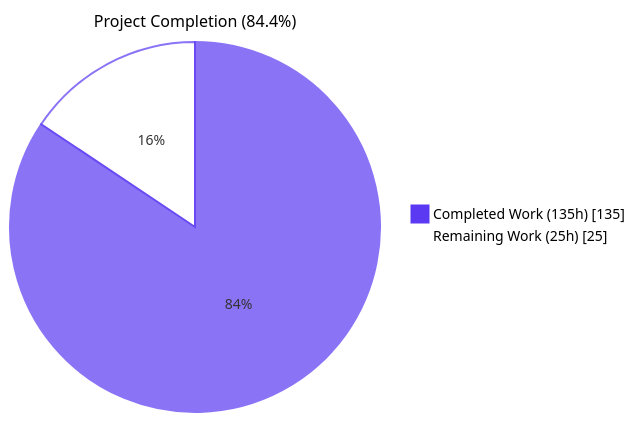
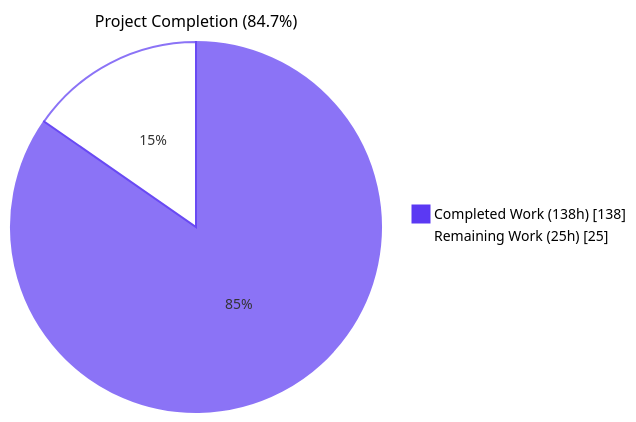
Before and after one commit to Blitzy-Sandbox/blitzy-ArkCase: the first of 4 diagrams in blitzy/documentation/Project Guide.md, drawn with Mermaid. The commit also changed other lines of this file, not shown here.

Commit message:
Adding Blitzy Project Guide: Project Status and Human Tasks Remaining

````diff
--- a/blitzy/documentation/Project Guide.md
+++ b/blitzy/documentation/Project Guide.md
@@ -17,7 +18,7 @@
 ```mermaid
 %%{init: {'pie': {'textPosition': 0.5}, 'themeVariables': {'pieOuterStrokeWidth': '0px', 'pie1': '#5B39F3', 'pie2': '#FFFFFF', 'pieStrokeColor': '#5B39F3', 'pieTitleTextSize': '16px', 'pieSectionTextSize': '14px', 'pieLegendTextSize': '14px'}}}%%
 pie showData
-    title Project Completion (84.4%)
-    "Completed Work (135h)" : 135
+    title Project Completion (84.7%)
+    "Completed Work (138h)" : 138
     "Remaining Work (25h)" : 25
 ```
````
